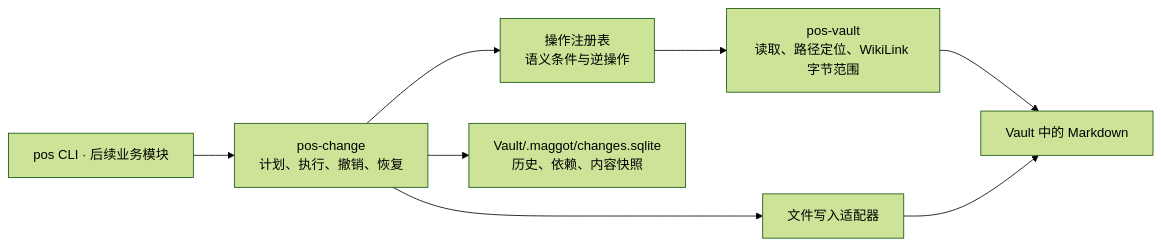
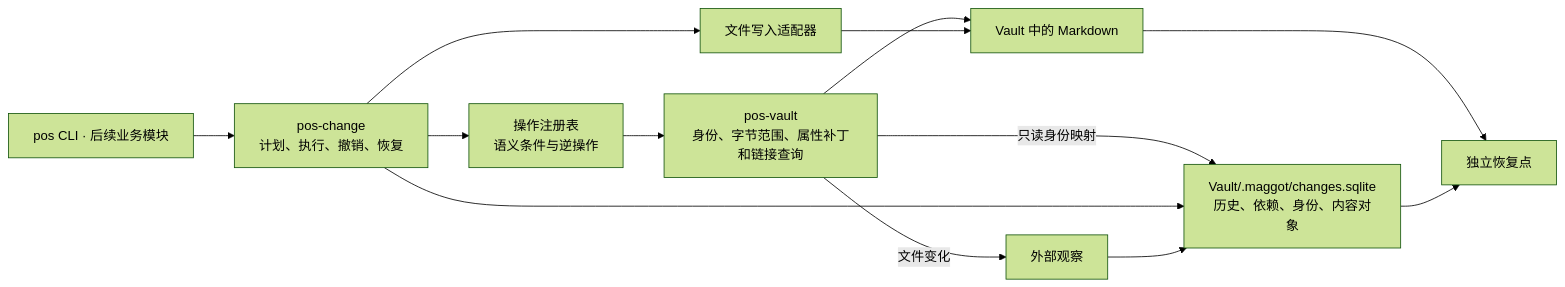
Before and after one commit to Xiangrui2026/personal-os: the diagram in docs/change-engine.md, drawn with Mermaid (forest theme). The commit also changed other lines of this file and 23 other files, not shown here.

````diff
--- a/docs/change-engine.md
+++ b/docs/change-engine.md
@@ -28,10 +30,15 @@
 ```mermaid
 flowchart LR
     Caller["pos CLI · 后续业务模块"] --> Engine["pos-change<br/>计划、执行、撤销、恢复"]
     Engine --> Ops["操作注册表<br/>语义条件与逆操作"]
-    Ops --> Vault["pos-vault<br/>读取、路径定位、WikiLink 字节范围"]
+    Ops --> Vault["pos-vault<br/>身份、字节范围、属性补丁和链接查询"]
+    Vault -->|"只读身份映射"| Store
     Vault --> Markdown["Vault 中的 Markdown"]
     Engine --> Writer["文件写入适配器"]
     Writer --> Markdown
-    Engine --> Store["Vault/.maggot/changes.sqlite<br/>历史、依赖、内容快照"]
+    Engine --> Store["Vault/.maggot/changes.sqlite<br/>历史、依赖、身份、内容对象"]
+    Vault -->|"文件变化"| Observe["外部观察"]
+    Observe --> Store
+    Markdown --> Backup["独立恢复点"]
+    Store --> Backup
 ```
````
